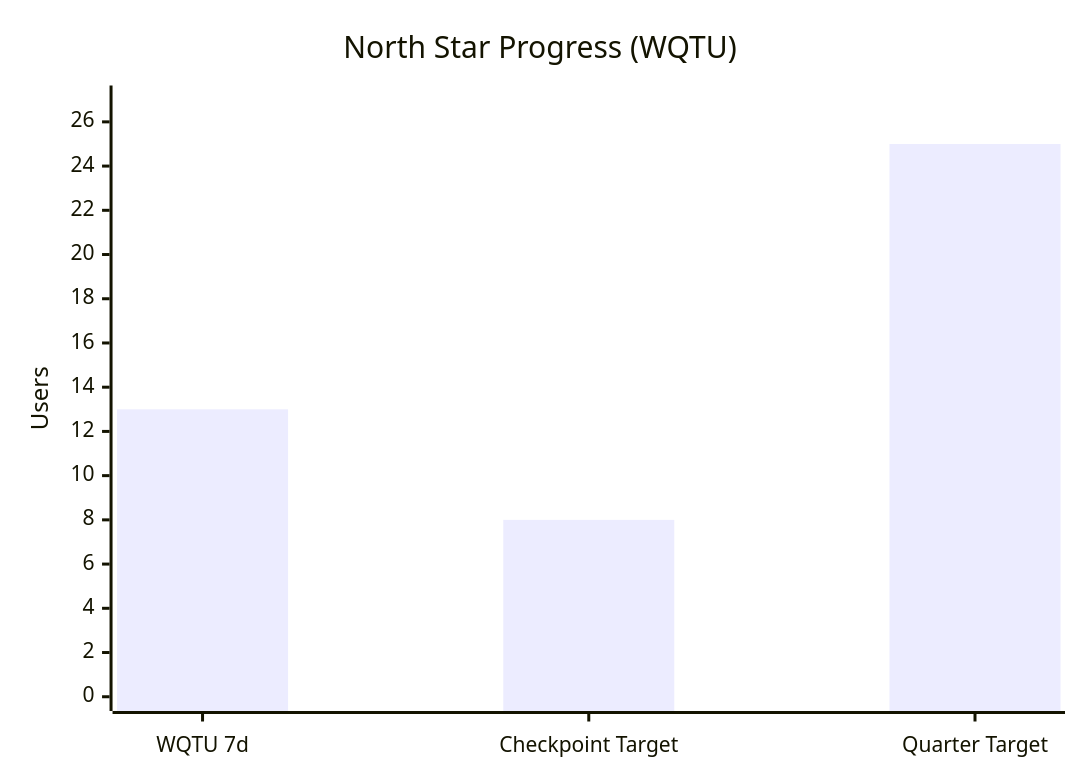
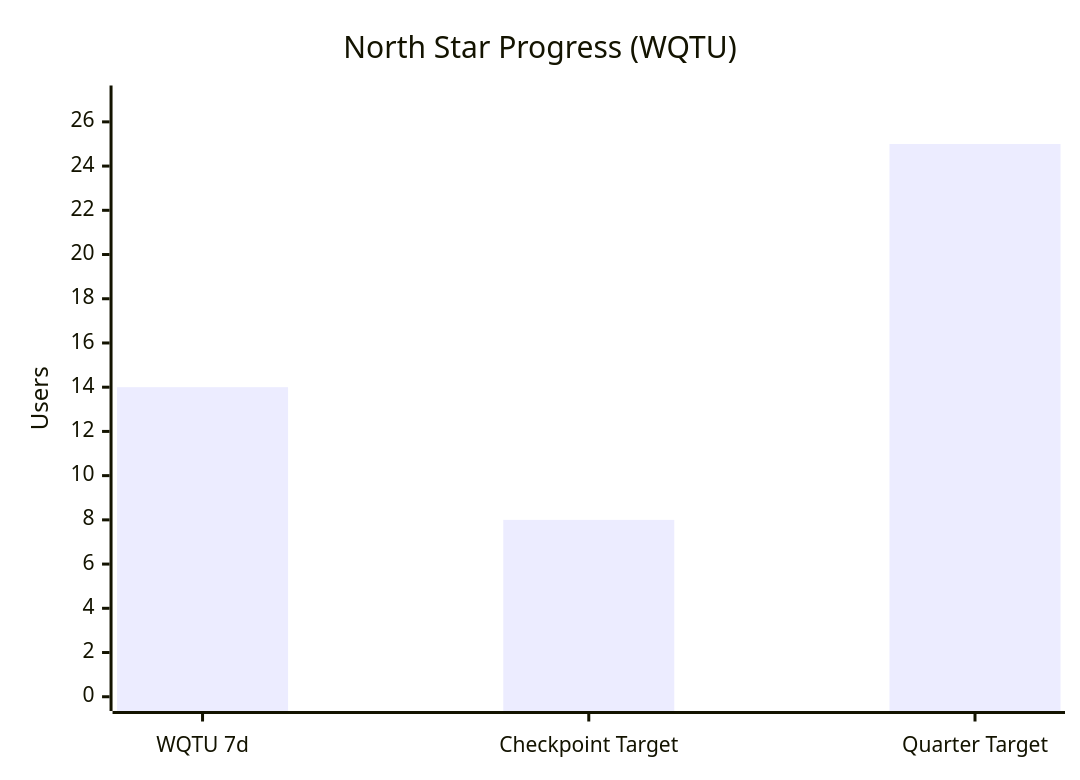
Before and after one commit to IgorGanapolsky/Random-Timer: the second of 4 diagrams in wiki/Paid-Acquisition.md, drawn with Mermaid. The commit also changed other lines of this file and 9 other files, not shown here.

````diff
--- a/wiki/Paid-Acquisition.md
+++ b/wiki/Paid-Acquisition.md
@@ -50,7 +52,7 @@
 ```mermaid
 xychart-beta
     title "North Star Progress (WQTU)"
     x-axis ["WQTU 7d" , "Checkpoint Target" , "Quarter Target"]
     y-axis "Users" 0 --> 27
-    bar [13 , 8 , 25]
+    bar [14 , 8 , 25]
 ```
````
